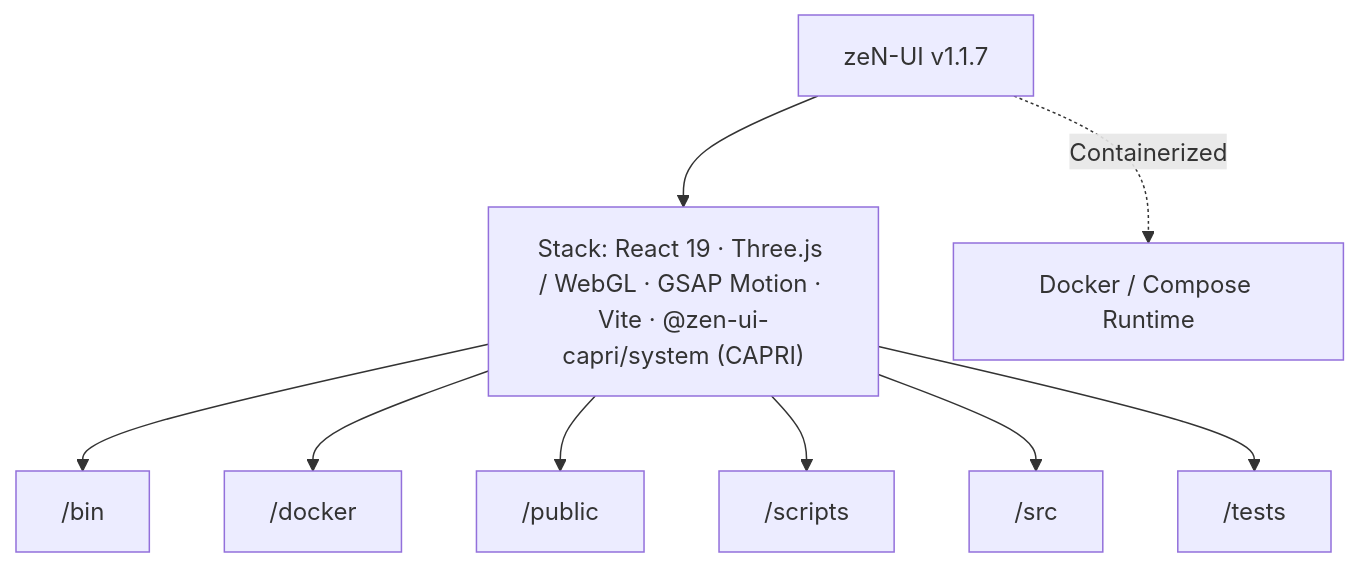
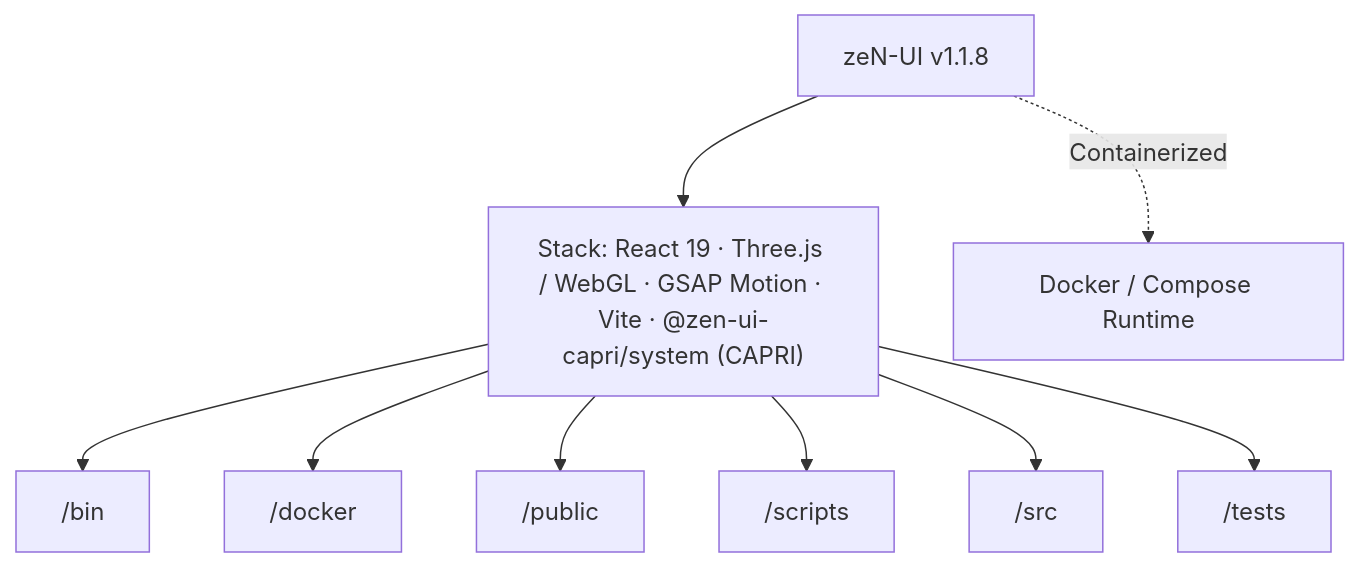
The diagram in docs/CAPRI-ARCHITECTURE.md (lukaspabst/zeN-UI), drawn with Mermaid before and after one commit. The commit also changed other lines of this file and 7 other files, not shown here.

````diff
--- a/docs/CAPRI-ARCHITECTURE.md
+++ b/docs/CAPRI-ARCHITECTURE.md
@@ -27,20 +27,20 @@
 ```mermaid
 flowchart TD
-  Repo["zeN-UI v1.1.7"]
+  Repo["zeN-UI v1.1.8"]
   Stack["Stack: React 19 · Three.js / WebGL · GSAP Motion · Vite · @zen-ui-capri/system (CAPRI)"]
   Repo --> Stack
   N0_bin["/bin"]
   Stack --> N0_bin
   N1_docker["/docker"]
   Stack --> N1_docker
   N2_public["/public"]
   Stack --> N2_public
   N3_scripts["/scripts"]
   Stack --> N3_scripts
   N4_src["/src"]
   Stack --> N4_src
   N5_tests["/tests"]
   Stack --> N5_tests
   Docker["Docker / Compose Runtime"]
   Repo -.->|"Containerized"| Docker
 ```
````
